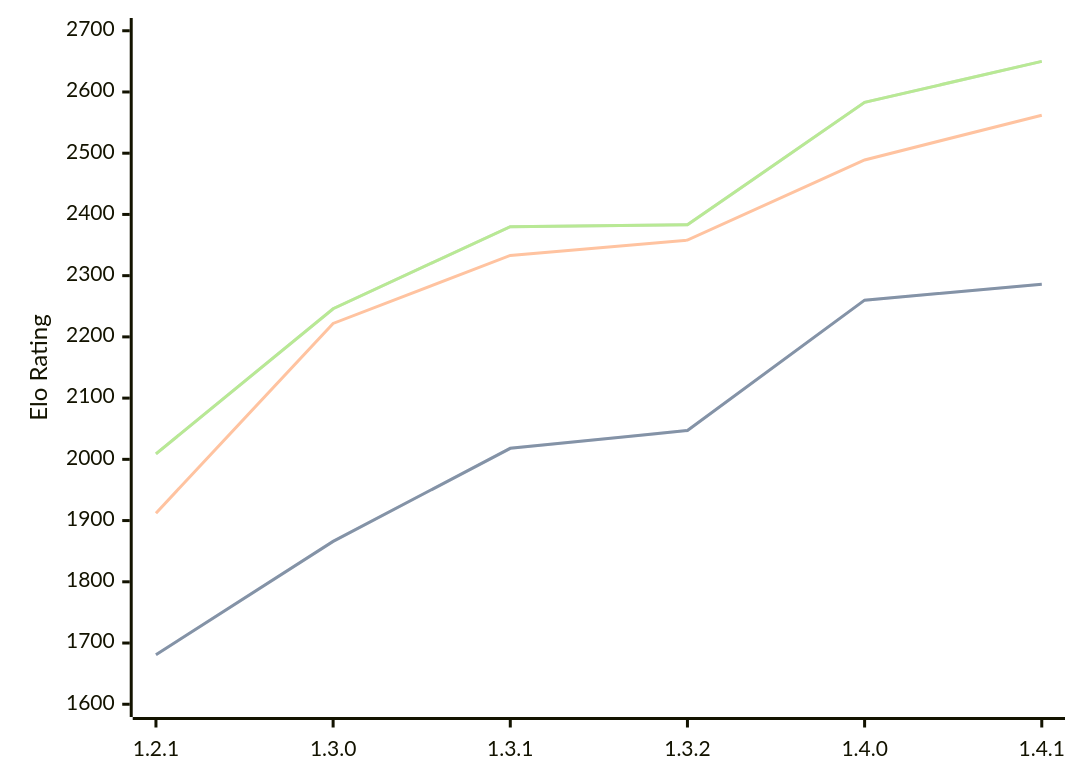
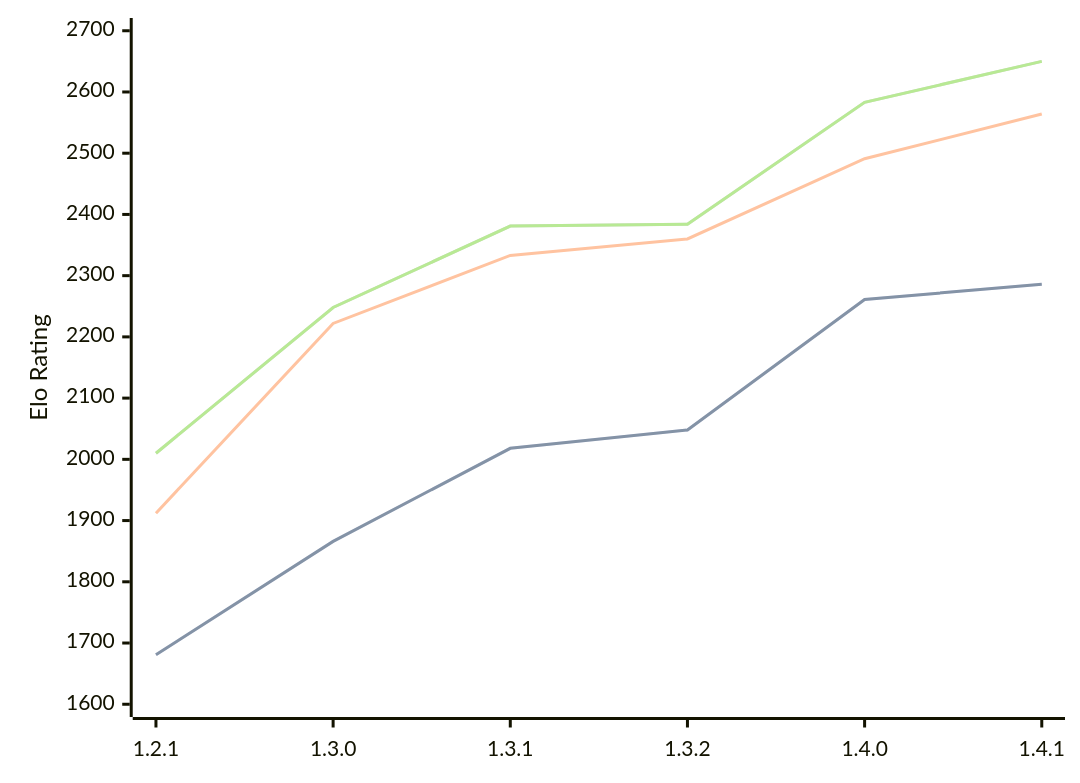
The diagram in engines/Chal.md (computer-chess-index/cci), drawn with Mermaid before and after one commit. The commit also changed other lines of this file, not shown here.

Commit message:
Update CCI Ratings (ELO VLTC) - 2026-08-29

````diff
--- a/engines/Chal.md
+++ b/engines/Chal.md
@@ -36,11 +36,11 @@
 ```mermaid
 %%{init: {"theme":"base","themeVariables":{"seriesColors:['#a3a3a3','#222221','#faa371']}}}%%
 xychart-beta
   x-axis ["1.2.1", "1.3.0", "1.3.1", "1.3.2", "1.4.0", "1.4.1"]
   y-axis "Elo Rating" 1600 --> 2700
-  line "" [1681, 1866, 2018, 2047, 2260, 2286]
-  line "STC (8.0+0.08s)" [1681, 1866, 2018, 2047, 2260, 2286]
-  line "LTC (60.0+0.60s)" [1912, 2222, 2333, 2358, 2489, 2562]
-  line "" [2009, 2246, 2380, 2383, 2583, 2650]
-  line "VLTC (2m24s+1.12s)" [2009, 2246, 2380, 2383, 2583, 2650]
+  line "" [1681, 1866, 2018, 2048, 2261, 2286]
+  line "STC (8.0+0.08s)" [1681, 1866, 2018, 2048, 2261, 2286]
+  line "LTC (60.0+0.60s)" [1912, 2222, 2333, 2360, 2491, 2564]
+  line "" [2010, 2248, 2381, 2384, 2583, 2650]
+  line "VLTC (2m24s+1.12s)" [2010, 2248, 2381, 2384, 2583, 2650]
 ```
````
